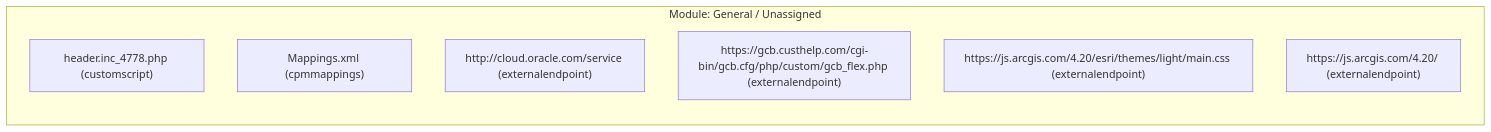
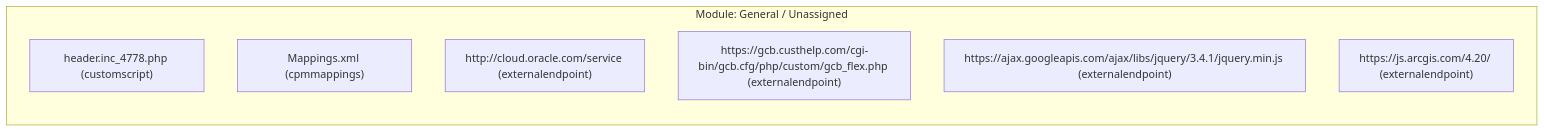
Before and after one commit to SujalMatolia0/Config_Migration: the second of 4 diagrams in results/COMPLETE_SYSTEM_MAPPING.md, drawn with Mermaid. The commit also changed other lines of this file and 20 other files, not shown here.

Commit message:
feat: restrict diagram legend overlay to Business Rules and update reporting order and timestamps

````diff
--- a/results/COMPLETE_SYSTEM_MAPPING.md
+++ b/results/COMPLETE_SYSTEM_MAPPING.md
@@ -86,11 +86,11 @@
 ```mermaid
 flowchart LR
   subgraph MOD_General___Unassigned ["Module: General / Unassigned"]
     N_customscript_header_inc_4778_php["header.inc_4778.php (customscript)"]
     N_cpmmappings_mappings_xml["Mappings.xml (cpmmappings)"]
     N_externalendpoint_http___cloud_oracle_com_service["http://cloud.oracle.com/service (externalendpoint)"]
     N_externalendpoint_https___gcb_custhelp_com_cgi_bin_gcb_cfg_php_custom_gcb_flex_php["https://gcb.custhelp.com/cgi-bin/gcb.cfg/php/custom/gcb_flex.php (externalendpoint)"]
-    N_externalendpoint_https___js_arcgis_com_4_20_esri_themes_light_main_css["https://js.arcgis.com/4.20/esri/themes/light/main.css (externalendpoint)"]
+    N_externalendpoint_https___ajax_googleapis_com_ajax_libs_jquery_3_4_1_jquery_min_js["https://ajax.googleapis.com/ajax/libs/jquery/3.4.1/jquery.min.js (externalendpoint)"]
     N_externalendpoint_https___js_arcgis_com_4_20_["https://js.arcgis.com/4.20/ (externalendpoint)"]
   end
 ```
````
